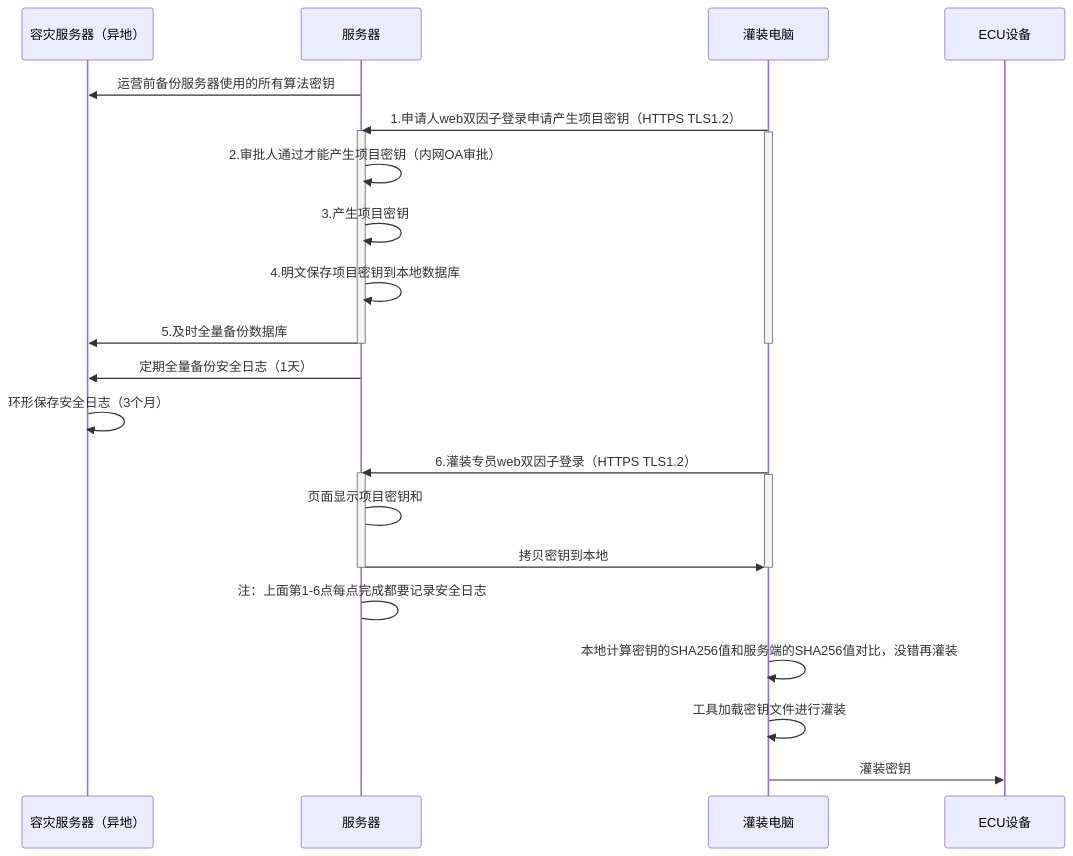
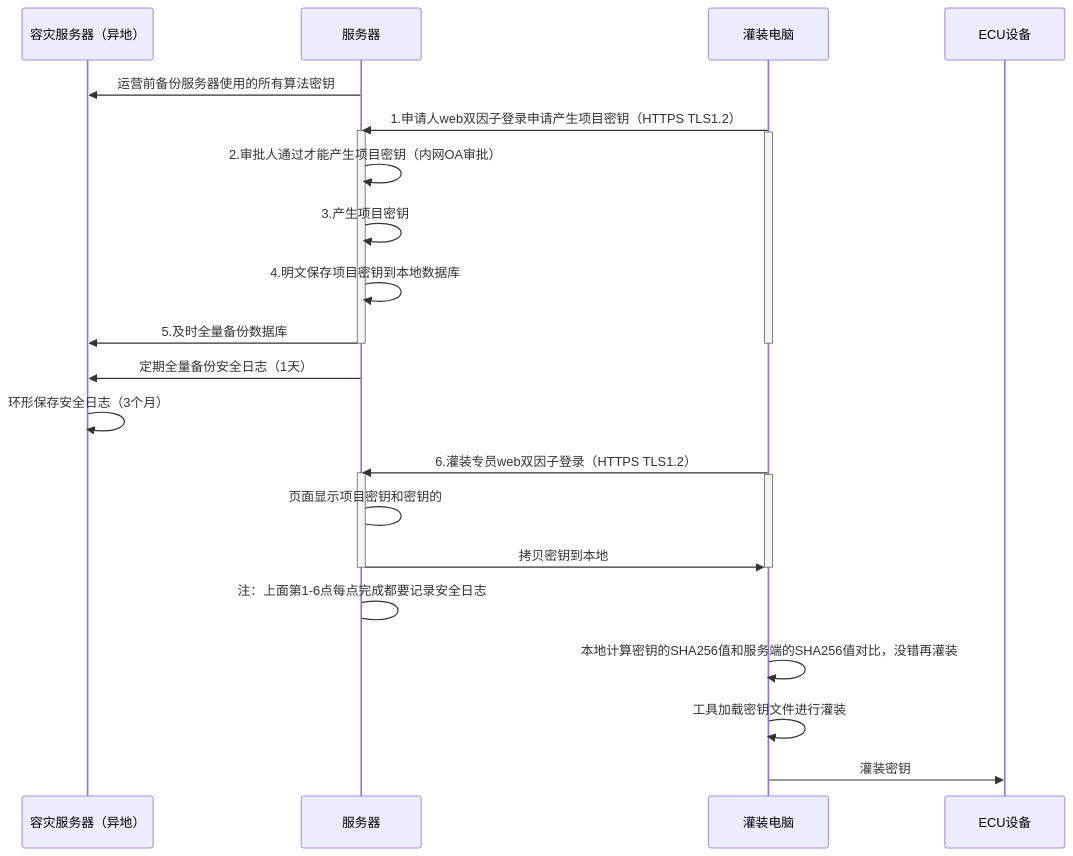
The diagram in all/未命名-20.md (facebook-cloud/iodraw-files), drawn with Mermaid before and after one commit.

Commit message:
2026-03-28 09:37:58 update

````diff
--- a/all/未命名-20.md
+++ b/all/未命名-20.md
@@ -1,36 +1,36 @@
 ```mermaid
 sequenceDiagram
     participant A as 容灾服务器（异地）
     participant B as 服务器
     participant D as 灌装电脑
     participant E as ECU设备
 
     B->>A: 运营前备份服务器使用的所有算法密钥
     D->>B: 1.申请人web双因子登录申请产生项目密钥（HTTPS TLS1.2）
     activate B
     activate D
     B->>B: 2.审批人通过才能产生项目密钥（内网OA审批）
     B->>B: 3.产生项目密钥
     B->>B: 4.明文保存项目密钥到本地数据库
     B->>A: 5.及时全量备份数据库
 
     deactivate B
     deactivate D
 
     B->>A: 定期全量备份安全日志（1天）
     A->>A: 环形保存安全日志（3个月）
     
     D->>B: 6.灌装专员web双因子登录（HTTPS TLS1.2）
     activate B
     activate D
-    B->B: 页面显示项目密钥和
+    B->B: 页面显示项目密钥和密钥的
     B->>D: 拷贝密钥到本地
     deactivate B
     deactivate D
     B->B: 注：上面第1-6点每点完成都要记录安全日志
 
     D->>D:本地计算密钥的SHA256值和服务端的SHA256值对比，没错再灌装
     D->>D:工具加载密钥文件进行灌装
     
     D->>E: 灌装密钥
 ```
````
